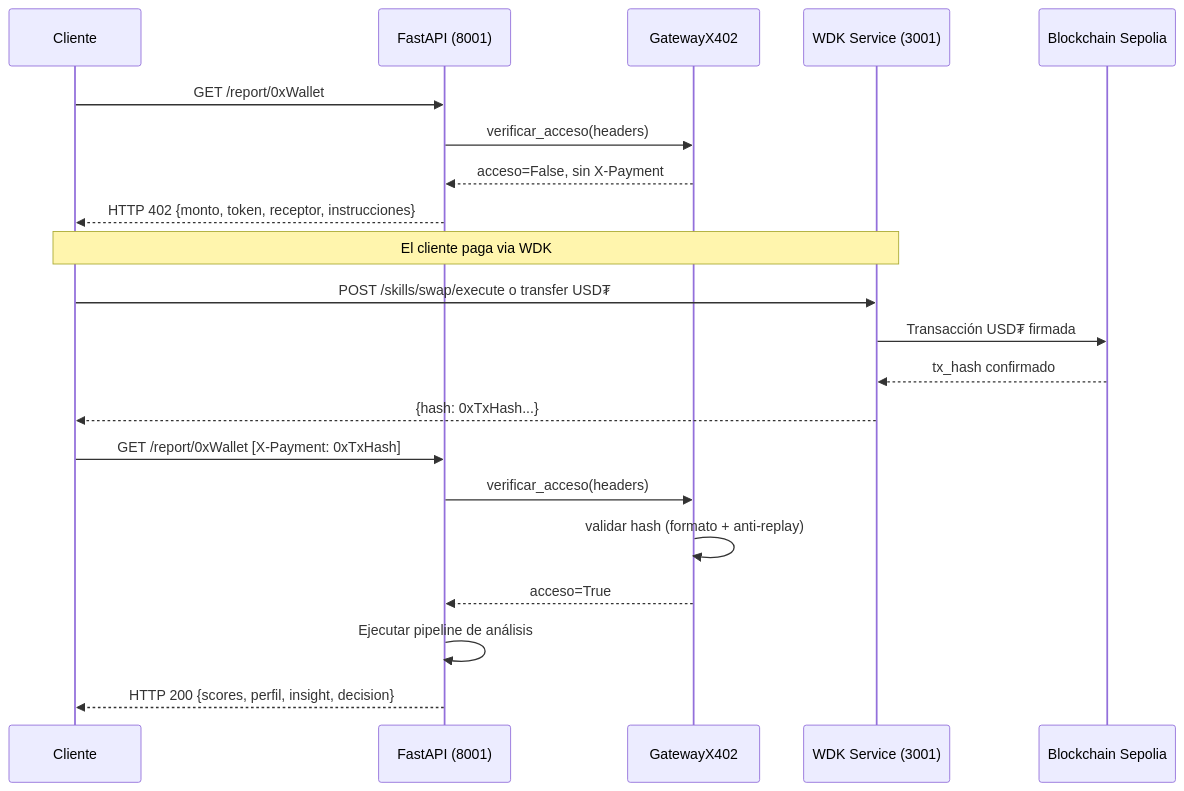
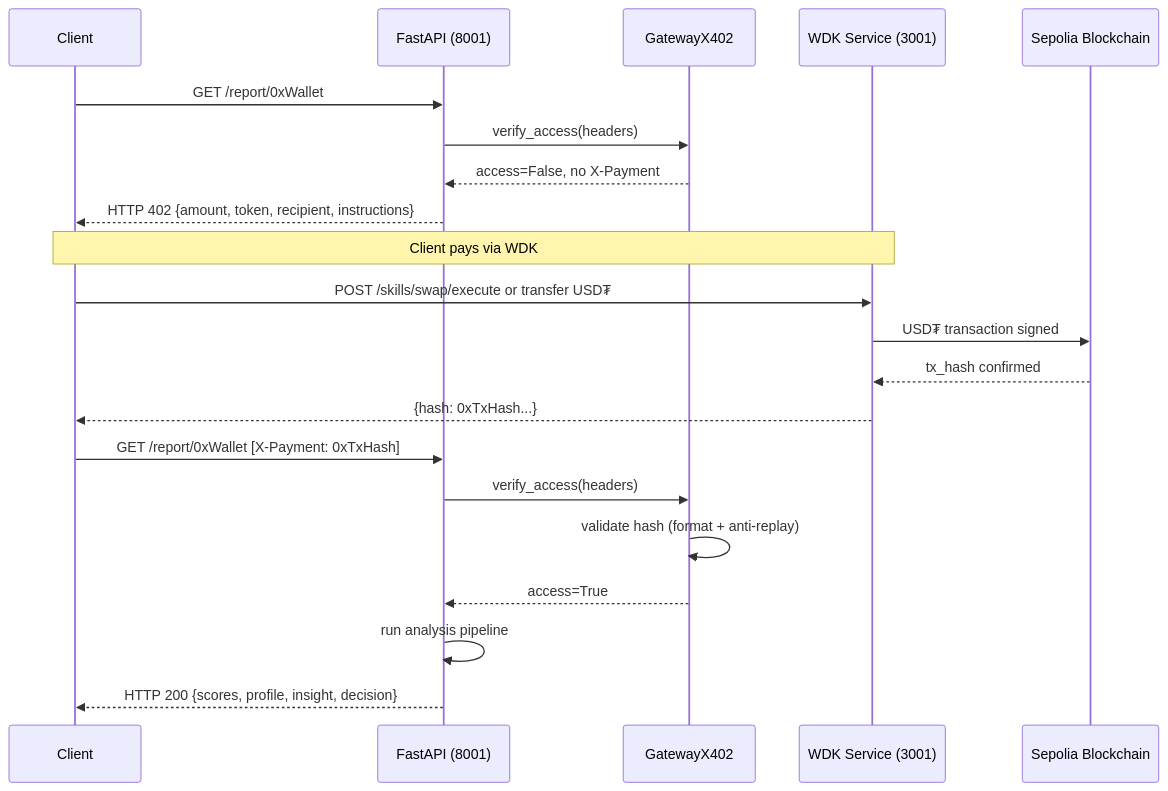
The second of 2 diagrams in ARCHITECTURE.md (JuliaGastellu/ChainSignal-project), drawn with Mermaid before and after one commit. The commit also changed other lines of this file and 11 other files, not shown here.

````diff
--- a/ARCHITECTURE.md
+++ b/ARCHITECTURE.md
@@ -83,26 +81,26 @@
 ```mermaid
 sequenceDiagram
-    participant Cliente
+    participant Client
     participant API as FastAPI (8001)
     participant X402 as GatewayX402
     participant WDK as WDK Service (3001)
-    participant Chain as Blockchain Sepolia
+    participant Chain as Sepolia Blockchain
 
-    Cliente->>API: GET /report/0xWallet
-    API->>X402: verificar_acceso(headers)
-    X402-->>API: acceso=False, sin X-Payment
-    API-->>Cliente: HTTP 402 {monto, token, receptor, instrucciones}
+    Client->>API: GET /report/0xWallet
+    API->>X402: verify_access(headers)
+    X402-->>API: access=False, no X-Payment
+    API-->>Client: HTTP 402 {amount, token, recipient, instructions}
 
-    Note over Cliente,WDK: El cliente paga via WDK
-    Cliente->>WDK: POST /skills/swap/execute o transfer USD₮
-    WDK->>Chain: Transacción USD₮ firmada
-    Chain-->>WDK: tx_hash confirmado
-    WDK-->>Cliente: {hash: 0xTxHash...}
+    Note over Client,WDK: Client pays via WDK
+    Client->>WDK: POST /skills/swap/execute or transfer USD₮
+    WDK->>Chain: USD₮ transaction signed
+    Chain-->>WDK: tx_hash confirmed
+    WDK-->>Client: {hash: 0xTxHash...}
 
-    Cliente->>API: GET /report/0xWallet [X-Payment: 0xTxHash]
-    API->>X402: verificar_acceso(headers)
-    X402->>X402: validar hash (formato + anti-replay)
-    X402-->>API: acceso=True
-    API->>API: Ejecutar pipeline de análisis
-    API-->>Cliente: HTTP 200 {scores, perfil, insight, decision}
+    Client->>API: GET /report/0xWallet [X-Payment: 0xTxHash]
+    API->>X402: verify_access(headers)
+    X402->>X402: validate hash (format + anti-replay)
+    X402-->>API: access=True
+    API->>API: run analysis pipeline
+    API-->>Client: HTTP 200 {scores, profile, insight, decision}
 ```
````
